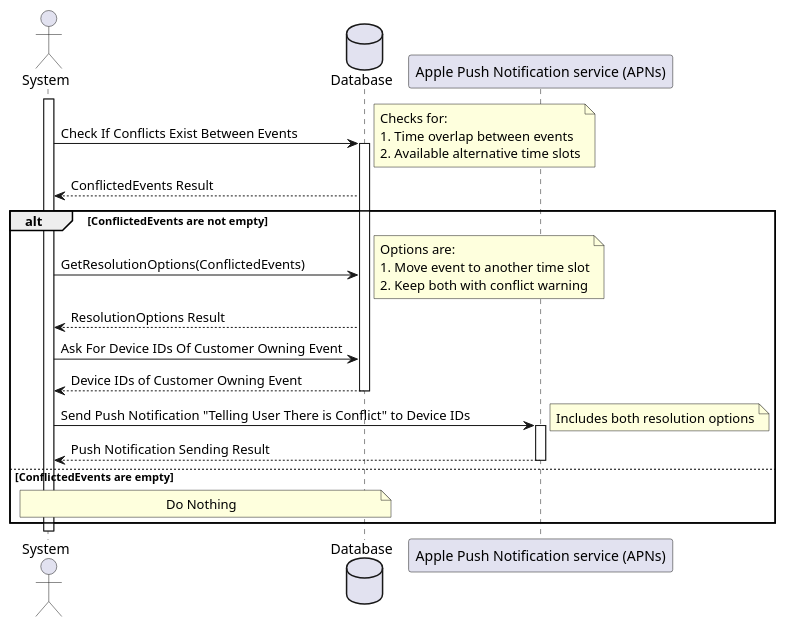
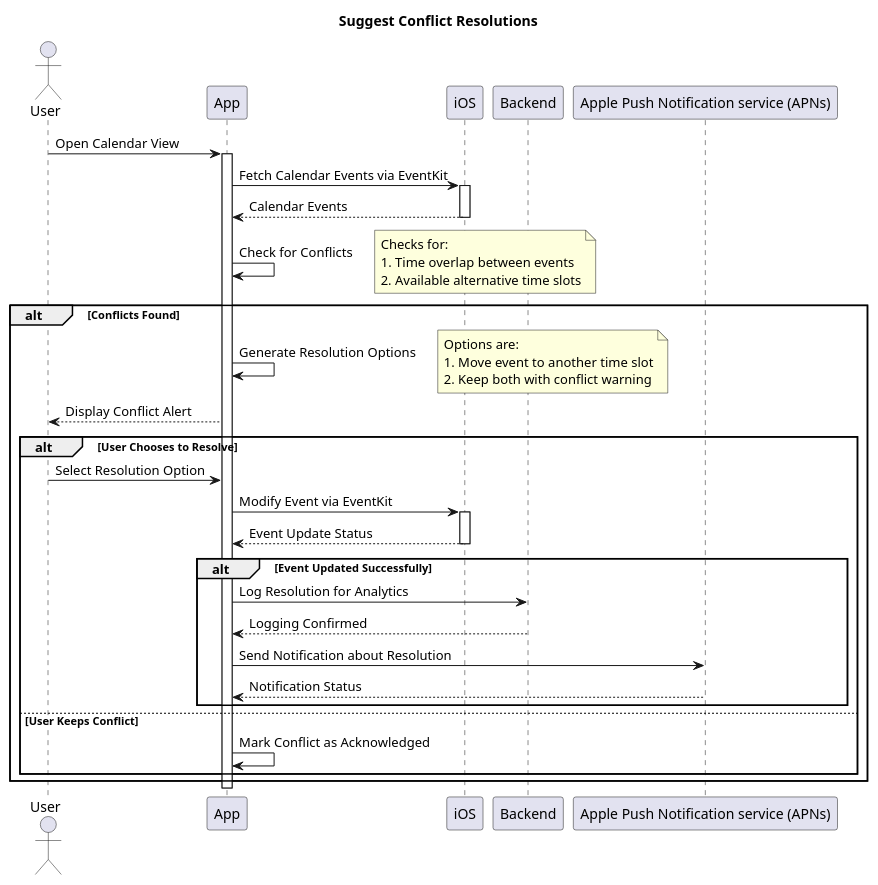
Before and after one commit to jadwalapp/symmetrical-spoon: the ninth of 14 diagrams in docs/diagrams/sequence-diagrams/all-sequence-diagrams.puml, drawn with PlantUML. The commit also changed other lines of this file and 12 other files, not shown here.

Commit message:
some edits we don't know if they are good or not :D

```diff
--- a/docs/diagrams/sequence-diagrams/all-sequence-diagrams.puml
+++ b/docs/diagrams/sequence-diagrams/all-sequence-diagrams.puml
@@ -233,36 +265,57 @@
 @startuml Suggest Conflict Resolutions
-actor System
-database Database
+title Suggest Conflict Resolutions
+
+actor User
+participant "App" as App
+participant "iOS" as iOS
+participant Backend
 participant "Apple Push Notification service (APNs)" as APN
 
-activate System
+User -> App: Open Calendar View
+activate App
 
-System -> Database ++ : Check If Conflicts Exist Between Events
+App -> iOS: Fetch Calendar Events via EventKit
+activate iOS
+iOS --> App: Calendar Events
+deactivate iOS
+
+App -> App: Check for Conflicts
 note right
   Checks for:
   1. Time overlap between events
   2. Available alternative time slots
 end note
-Database --> System : ConflictedEvents Result
 
-alt ConflictedEvents are not empty
-    System -> Database : GetResolutionOptions(ConflictedEvents)
+alt Conflicts Found
+    App -> App: Generate Resolution Options
     note right
       Options are:
       1. Move event to another time slot
       2. Keep both with conflict warning
     end note
-    Database --> System : ResolutionOptions Result
 
-    System -> Database : Ask For Device IDs Of Customer Owning Event
-    Database --> System -- : Device IDs of Customer Owning Event
+    App --> User: Display Conflict Alert
 
-    System -> APN ++ : Send Push Notification "Telling User There is Conflict" to Device IDs
-    note right: Includes both resolution options
-    APN --> System -- : Push Notification Sending Result
+    alt User Chooses to Resolve
+        User -> App: Select Resolution Option
+        
+        App -> iOS: Modify Event via EventKit
+        activate iOS
+        iOS --> App: Event Update Status
+        deactivate iOS
 
-else ConflictedEvents are empty
-    note over System, Database : Do Nothing
+        alt Event Updated Successfully
+            App -> Backend: Log Resolution for Analytics
+            Backend --> App: Logging Confirmed
+            
+            App -> APN: Send Notification about Resolution
+            APN --> App: Notification Status
+        end
+    else User Keeps Conflict
+        App -> App: Mark Conflict as Acknowledged
+    end
 end
 
+deactivate App
+
 @enduml
```
